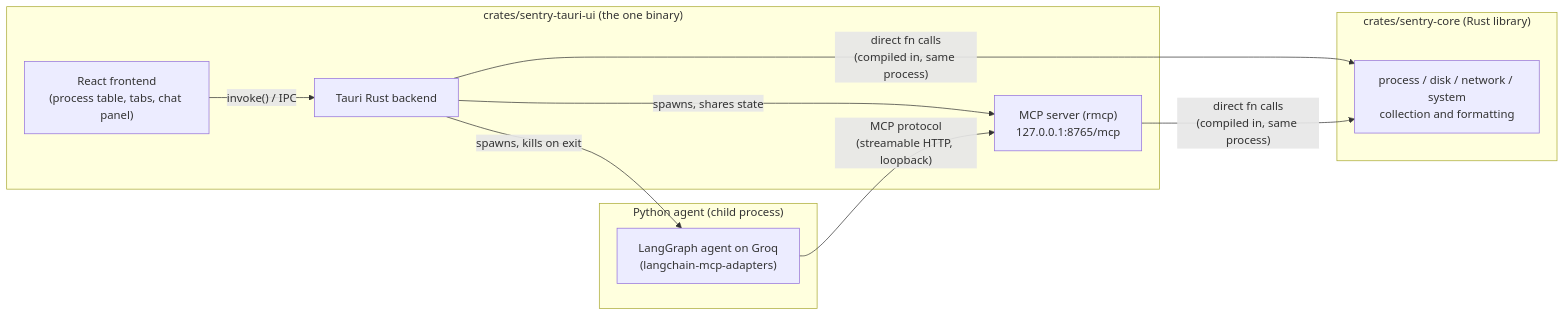
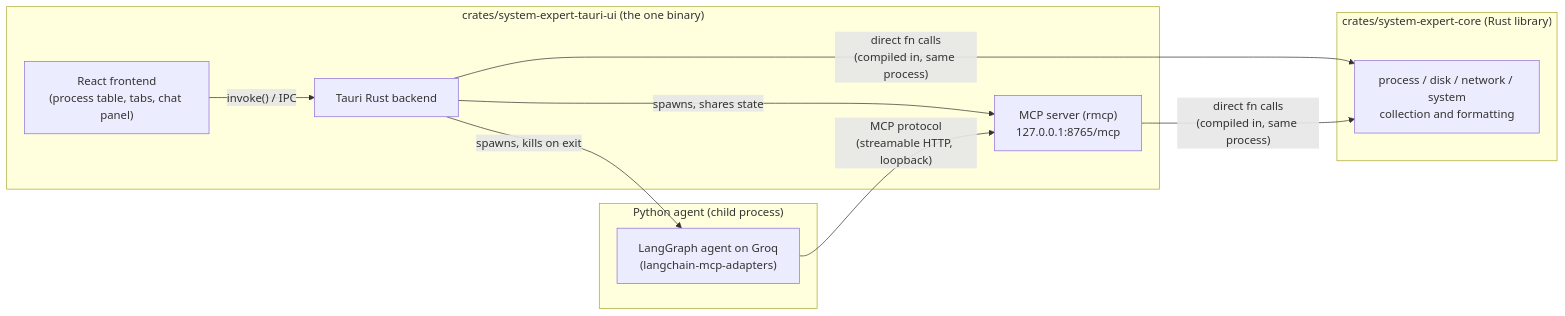
Before and after one commit to Traman2/Sentry: the diagram in README.md, drawn with Mermaid. The commit also changed other lines of this file and 273 other files, not shown here.

````diff
--- a/README.md
+++ b/README.md
@@ -109,23 +109,23 @@
 ```mermaid
 flowchart LR
-    subgraph core["crates/sentry-core (Rust library)"]
+    subgraph core["crates/system-expert-core (Rust library)"]
         Core["process / disk / network / system\ncollection and formatting"]
     end
 
-    subgraph desktop["crates/sentry-tauri-ui (the one binary)"]
+    subgraph desktop["crates/system-expert-tauri-ui (the one binary)"]
         UI["React frontend\n(process table, tabs, chat panel)"]
         Backend["Tauri Rust backend"]
         MCPServer["MCP server (rmcp)\n127.0.0.1:8765/mcp"]
         UI -- "invoke() / IPC" --> Backend
         Backend -- "spawns, shares state" --> MCPServer
     end
 
     subgraph agent["Python agent (child process)"]
         Agent["LangGraph agent on Groq\n(langchain-mcp-adapters)"]
     end
 
     Backend -- "direct fn calls\n(compiled in, same process)" --> Core
     MCPServer -- "direct fn calls\n(compiled in, same process)" --> Core
     Backend -- "spawns, kills on exit" --> Agent
     Agent -- "MCP protocol\n(streamable HTTP, loopback)" --> MCPServer
 ```
````
